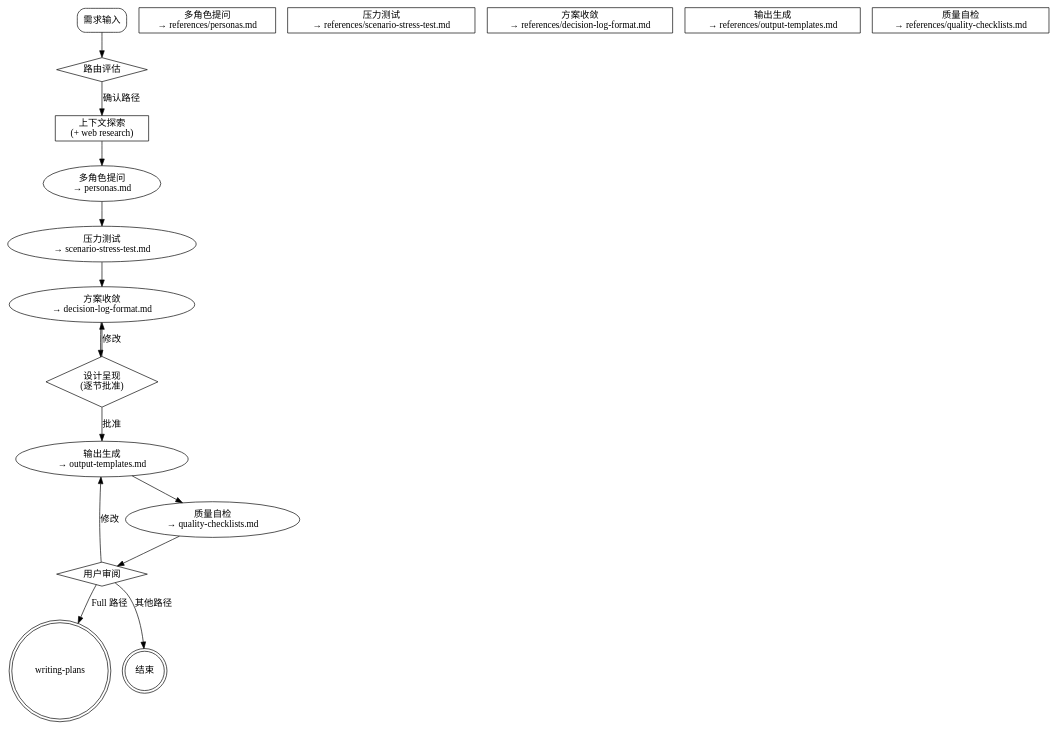
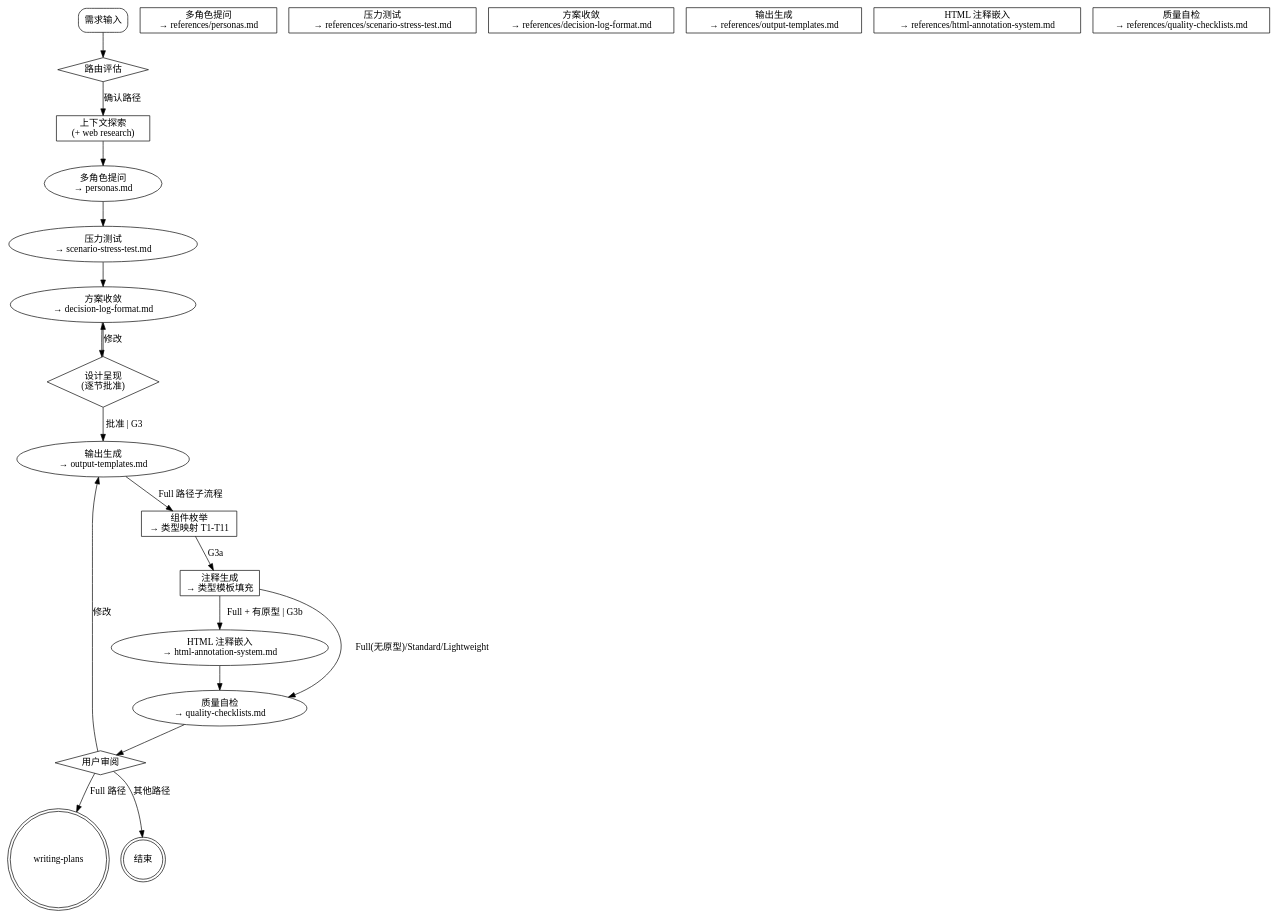
Before and after one commit to SWUNwy/spec-analyze: the diagram in SKILL.md, drawn with Graphviz. The commit also changed other lines of this file and 5 other files, not shown here.

First line of the commit message:
feat: add type annotation system (T1-T11) and HTML annotation embedding

````diff
--- a/SKILL.md
+++ b/SKILL.md
@@ -107,32 +136,39 @@
 ```dot
 digraph spec_analyze_flow {
     rankdir=TB;
 
     "需求输入" [shape=box style=rounded];
     "路由评估" [shape=diamond];
     "上下文探索\n(+ web research)" [shape=box];
     "多角色提问\n→ references/personas.md" [shape=box];
     "压力测试\n→ references/scenario-stress-test.md" [shape=box];
     "方案收敛\n→ references/decision-log-format.md" [shape=box];
     "设计呈现\n(逐节批准)" [shape=diamond];
     "输出生成\n→ references/output-templates.md" [shape=box];
+    "组件枚举\n→ 类型映射 T1-T11" [shape=box];
+    "注释生成\n→ 类型模板填充" [shape=box];
+    "HTML 注释嵌入\n→ references/html-annotation-system.md" [shape=box];
     "质量自检\n→ references/quality-checklists.md" [shape=box];
     "用户审阅" [shape=diamond];
     "writing-plans" [shape=doublecircle];
     "结束" [shape=doublecircle];
 
     "需求输入" -> "路由评估";
     "路由评估" -> "上下文探索\n(+ web research)" [label="确认路径"];
     "上下文探索\n(+ web research)" -> "多角色提问\n→ personas.md";
     "多角色提问\n→ personas.md" -> "压力测试\n→ scenario-stress-test.md";
     "压力测试\n→ scenario-stress-test.md" -> "方案收敛\n→ decision-log-format.md";
     "方案收敛\n→ decision-log-format.md" -> "设计呈现\n(逐节批准)";
     "设计呈现\n(逐节批准)" -> "方案收敛\n→ decision-log-format.md" [label="修改"];
-    "设计呈现\n(逐节批准)" -> "输出生成\n→ output-templates.md" [label="批准"];
-    "输出生成\n→ output-templates.md" -> "质量自检\n→ quality-checklists.md";
+    "设计呈现\n(逐节批准)" -> "输出生成\n→ output-templates.md" [label="批准 | G3"];
+    "输出生成\n→ output-templates.md" -> "组件枚举\n→ 类型映射 T1-T11" [label="Full 路径子流程"];
+    "组件枚举\n→ 类型映射 T1-T11" -> "注释生成\n→ 类型模板填充" [label="G3a"];
+    "注释生成\n→ 类型模板填充" -> "HTML 注释嵌入\n→ html-annotation-system.md" [label="Full + 有原型 | G3b"];
+    "注释生成\n→ 类型模板填充" -> "质量自检\n→ quality-checklists.md" [label="Full(无原型)/Standard/Lightweight"];
+    "HTML 注释嵌入\n→ html-annotation-system.md" -> "质量自检\n→ quality-checklists.md";
     "质量自检\n→ quality-checklists.md" -> "用户审阅";
     "用户审阅" -> "输出生成\n→ output-templates.md" [label="修改"];
     "用户审阅" -> "writing-plans" [label="Full 路径"];
     "用户审阅" -> "结束" [label="其他路径"];
 }
 ```
````
